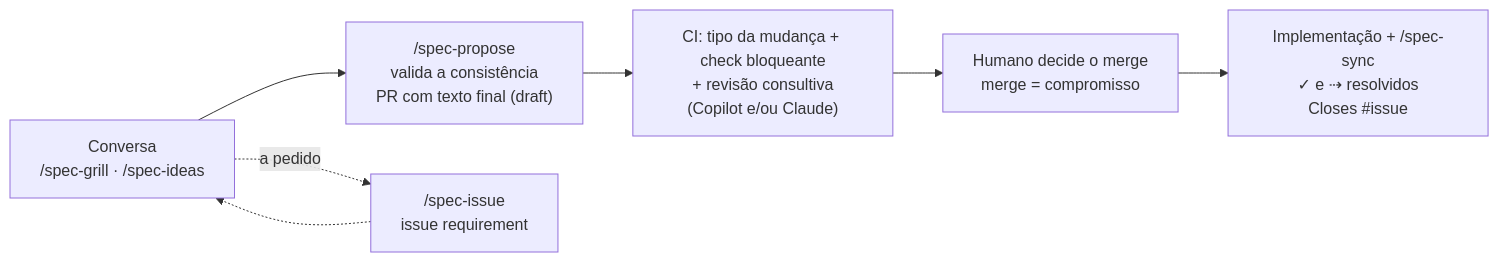
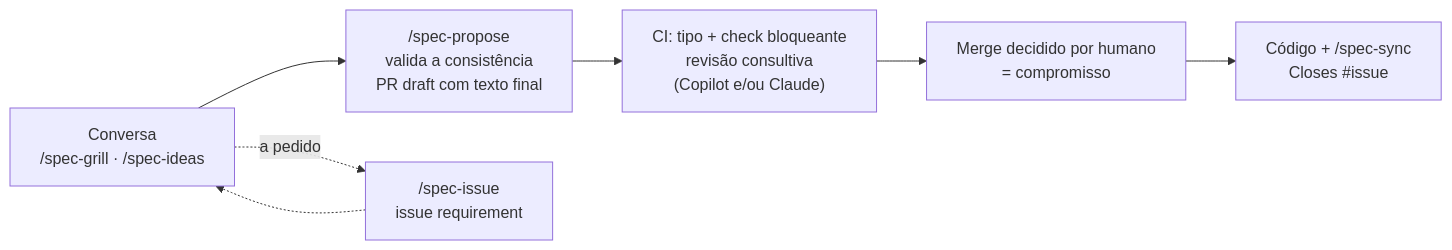
One commit to useful-toys/Tabularium changed the diagram in README.md. Above: the diagram before and after it, drawn with Mermaid. The commit also changed other lines of this file and 11 other files, not shown here.

````diff
--- a/README.md
+++ b/README.md
@@ -13,9 +24,9 @@
 ```mermaid
 flowchart LR
-  G["Conversa<br/>/spec-grill · /spec-ideas"] --> P["/spec-propose<br/>valida a consistência<br/>PR com texto final (draft)"]
+  G["Conversa<br/>/spec-grill · /spec-ideas"] --> P["/spec-propose<br/>valida a consistência<br/>PR draft com texto final"]
   G -.->|a pedido| I["/spec-issue<br/>issue requirement"]
   I -.-> G
-  P --> R["CI: tipo da mudança + check bloqueante<br/>+ revisão consultiva<br/>(Copilot e/ou Claude)"]
-  R --> A["Humano decide o merge<br/>merge = compromisso"]
-  A --> C["Implementação + /spec-sync<br/>✓ e ⇢ resolvidos<br/>Closes #issue"]
+  P --> R["CI: tipo + check bloqueante<br/>revisão consultiva<br/>(Copilot e/ou Claude)"]
+  R --> A["Merge decidido por humano<br/>= compromisso"]
+  A --> C["Código + /spec-sync<br/>Closes #issue"]
 ```
````
